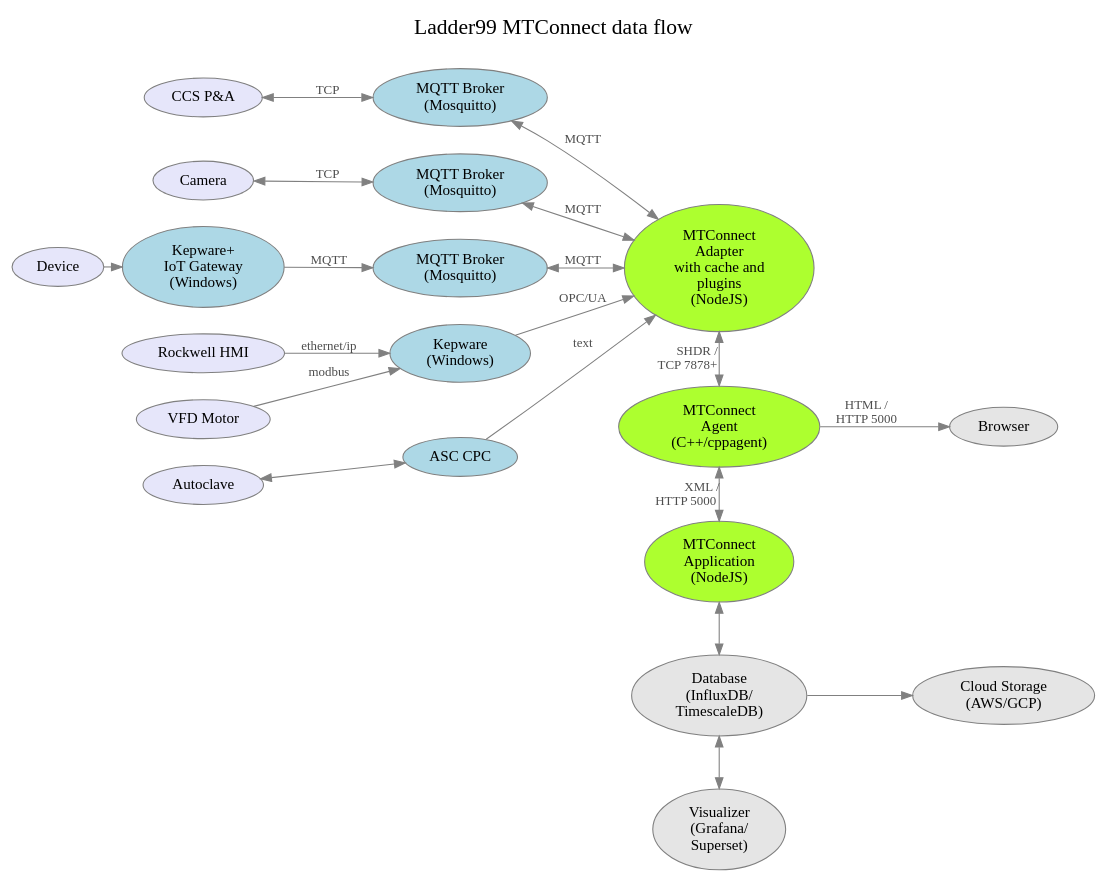
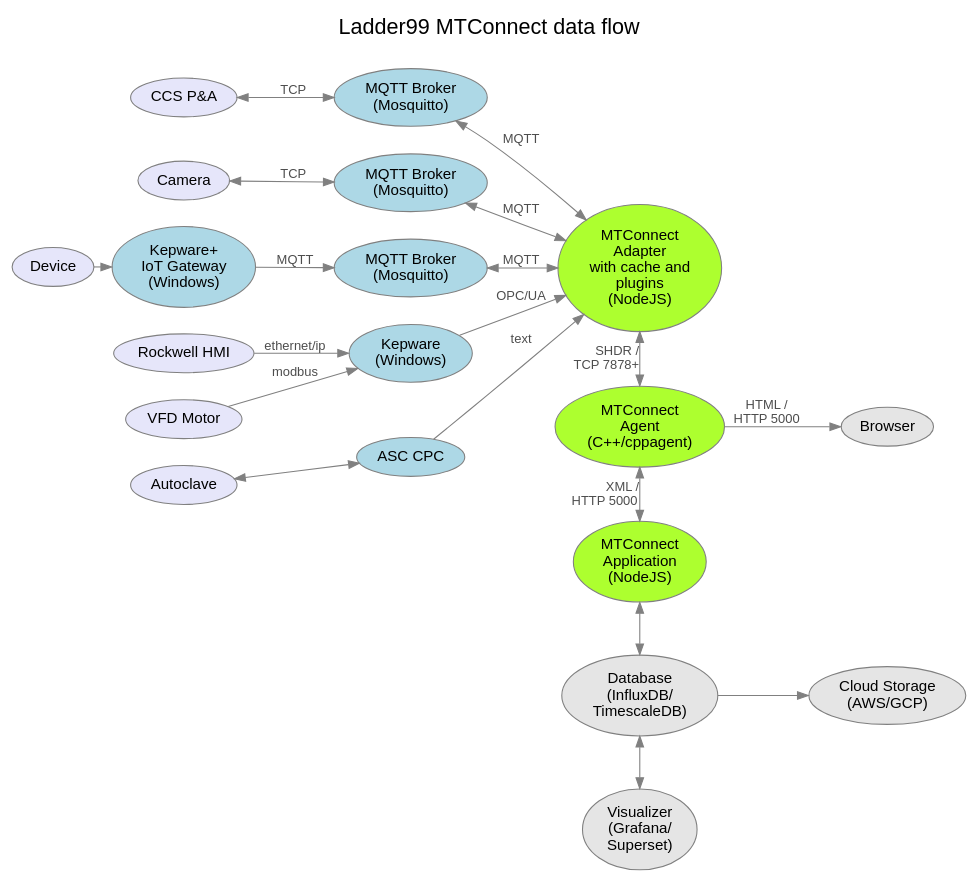
The diagram in design/architecture.dot (Ladder99/ladder99), drawn with Graphviz before and after one commit. The commit also changed 2 other files, not shown here.

```diff
--- a/design/architecture.dot
+++ b/design/architecture.dot
@@ -1,107 +1,110 @@
 // graphviz diagram
 // colors https://www.graphviz.org/doc/info/colors.html
 
 digraph "ladder99-mtconnect" {
 
   //------------------------------------------------------------------------
   // styles
   //------------------------------------------------------------------------
 
   graph [ label="Ladder99 MTConnect data flow\n ", color=lightgray; ];
   graph [ fontsize=20 ];
   graph [ labelloc=t ];
   graph [ ranksep=0.2 ];
   graph [ nodesep=0.35 ];
   graph [ rankdir=LR; ] // left-to-right
+  graph [ fontname=arial ];
 
   node [ color=gray, fillcolor=white, style=filled ];
+  node [ fontname=arial ];
 
   edge [ color=gray ];
   edge [ fontsize=12, fontcolor=gray30 ];
+  edge [ fontname=arial ];
 
 
   //------------------------------------------------------------------------
   // nodes
   //------------------------------------------------------------------------
 
   // devices
   PA [ fillcolor=lavender, label="CCS P&A" ];
   HMI [ fillcolor=lavender, label="Rockwell HMI" ];
   Motor [ fillcolor=lavender, label="VFD Motor" ];
   OldMachine3 [ fillcolor=lavender, label="Device" ];
   Camera [ fillcolor=lavender, label="Camera" ];
   Autoclave [ fillcolor=lavender, label="Autoclave" ];
   // OldMachine1 [ fillcolor=lavender, label="Old Machine 1" ];
 
   // intermediaries
   Broker1 [ fillcolor=lightblue, label="MQTT Broker\n(Mosquitto)" ];
   Broker3 [ fillcolor=lightblue, label="MQTT Broker\n(Mosquitto)" ];
   Broker4 [ fillcolor=lightblue, label="MQTT Broker\n(Mosquitto)" ];
   Kepware1 [ fillcolor=lightblue, label="Kepware\n(Windows)"];
   Kepware2 [ fillcolor=lightblue, label="Kepware+\nIoT Gateway\n(Windows)"];
   CPC [ fillcolor=lightblue, label="ASC CPC" ];
   // PLC4X [ fillcolor=lightblue, label="PLC4X\n(Java)" ];
 
   // mtconnect
   Adapter [ fillcolor=greenyellow, label="MTConnect\nAdapter\nwith cache and\nplugins\n(NodeJS)" ];
   Agent [ fillcolor=greenyellow, label="MTConnect\nAgent\n(C++/cppagent)" ];
   Application [ fillcolor=greenyellow, label="MTConnect\nApplication\n(NodeJS)" ];
 
   // diode
   // DiodeSender [ label="Diode Sender\n(Java+RabbitMQ)" ];
   // DiodeReceiver [ label="Diode Receiver\n(Java+RabbitMQ)" ];
 
   // applications
   Database [ fillcolor=gray90, label="Database\n(InfluxDB/\nTimescaleDB)" ];
   Visualizer [ fillcolor=gray90, label="Visualizer\n(Grafana/\nSuperset)" ];
   Cloud [ fillcolor=gray90, label="Cloud Storage\n(AWS/GCP)" ];
   Browser [ fillcolor=gray90 ];
   // LOI [ fillcolor=gray90, label="LOI\n(SvelteJS)" ];
 
   // users
   // Admin [ fillcolor=lightyellow ];
   // Operator [ fillcolor=lightyellow ];
 
 
   //------------------------------------------------------------------------
   // edges
   //------------------------------------------------------------------------
 
   PA -> Broker1 [ label="  TCP  ", dir=both ];
   Camera -> Broker3 [ label="  TCP  ", dir=both ];
   Autoclave -> CPC [ dir=both ];
   Broker1 -> Adapter [ label="MQTT", dir=both ];
   Broker3 -> Adapter [ label="MQTT", dir=both ];
   Broker4 -> Adapter [ label="MQTT", dir=both ];
   // OldMachine1 -> PLC4X; // [ label="proprietary\nprotocol" ];
   // PLC4X -> Broker3 [ label="" ];
   HMI -> Kepware1 [ label="ethernet/ip" ];
   Motor -> Kepware1 [ label="modbus" ];
   Kepware1 -> Adapter [ label="OPC/UA" ];
   // Kepware2 -> Gateway;
   CPC -> Adapter [ label="text" ];
   // Gateway -> Broker4 [ label="MQTT" ];
   OldMachine3 -> Kepware2;
   Kepware2 -> Broker4 [ label="MQTT" ];
   Adapter -> Agent [ label="SHDR /   \nTCP 7878+         ", dir=both ];
   // Adapter -> DiodeSender [ label="SHDR /   \nTCP 7878      ", dir=both, style=dotted ];
   // DiodeSender -> DiodeReceiver [ label="UDP    ", style=dotted ];
   // DiodeReceiver -> Agent [ label="SHDR /    \nTCP 7878        ", style=dotted ];
   Agent -> Application [ dir=both; label="XML / \nHTTP 5000          " ];
   Agent -> Browser [ label="HTML /\nHTTP 5000" ];
   Application -> Database [ dir=both ];
   Database -> Visualizer [ dir=both ];
   Database -> Cloud;
   // Visualizer -> Admin [ dir=both ];
   // Application -> LOI;
   // LOI -> Operator;
 
 
   //------------------------------------------------------------------------
   // ranks
   //------------------------------------------------------------------------
 
   { rank=same; Adapter Agent Application Database Visualizer };
   // { rank=same; DiodeSender DiodeReceiver Cloud Admin };
   // { rank=same; Cloud Admin };
 }
```
